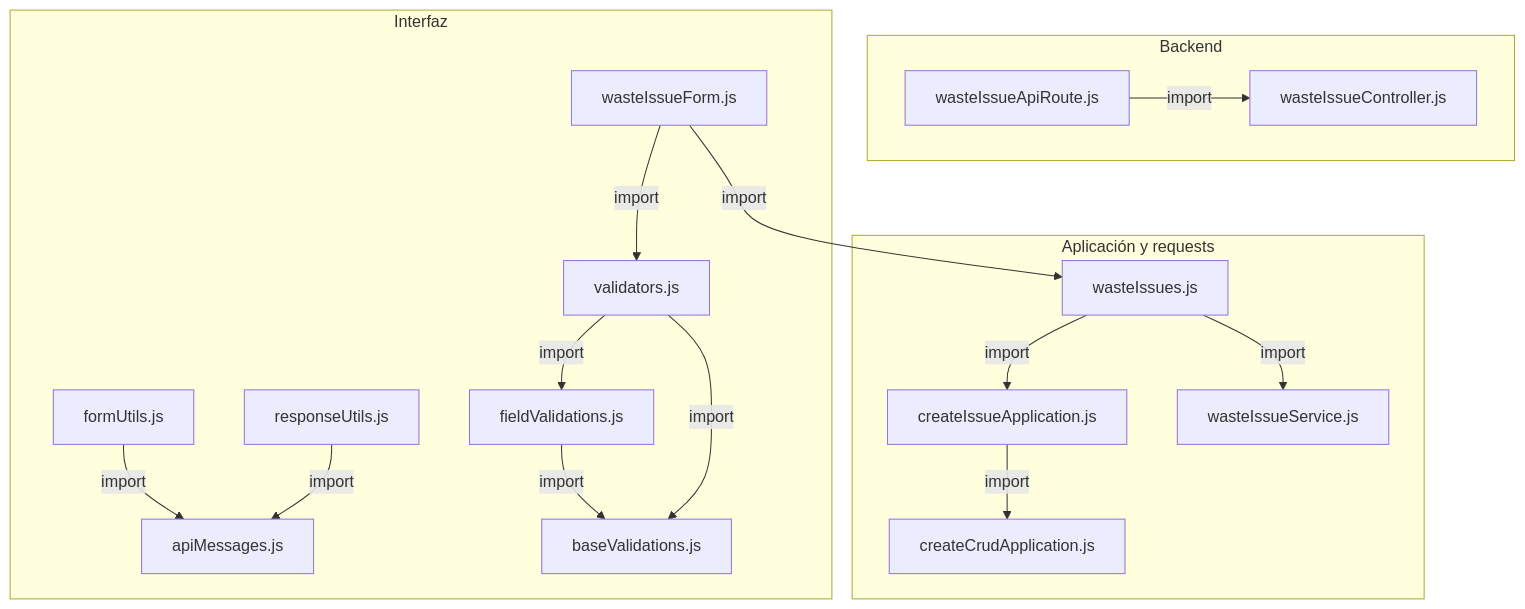
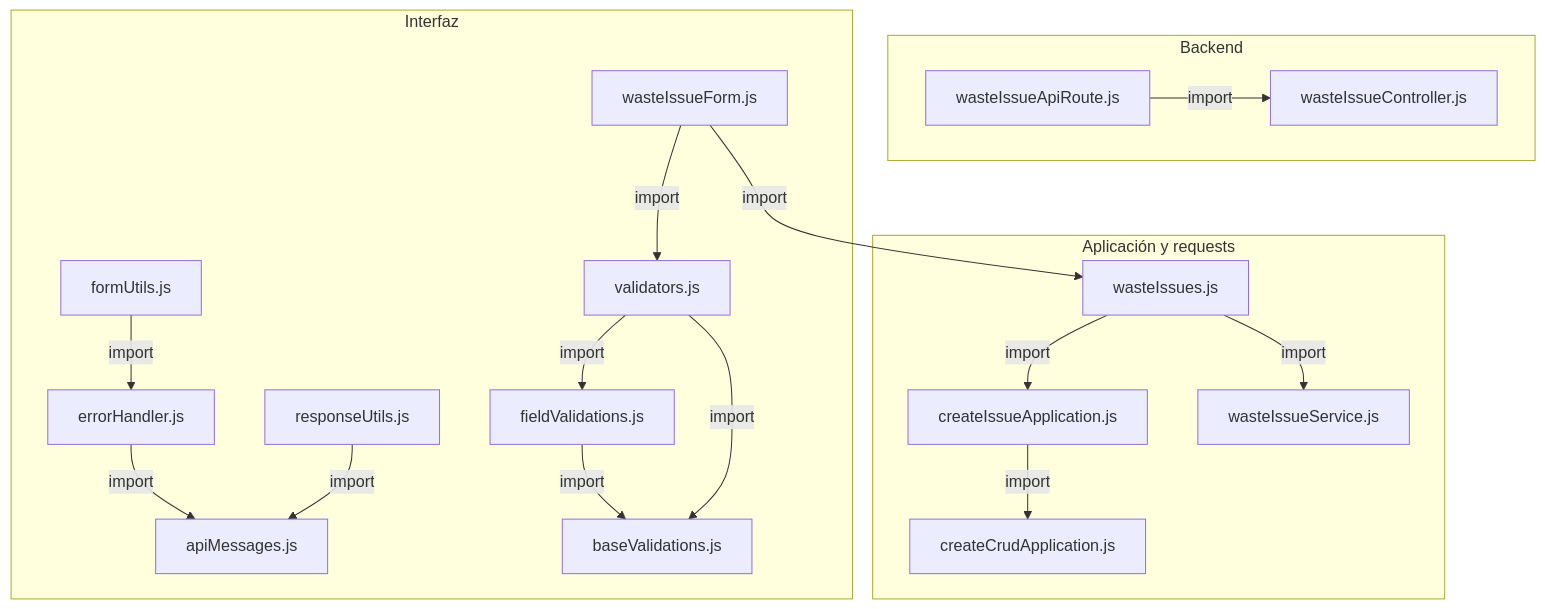
One commit to gpgsistemas01/nexus changed the first of 2 diagrams in docs/architecture/views/processes/frontend-code-sequences/issues/cu-sal-11.md. Above: the diagram before and after it, drawn with Mermaid. The commit also changed other lines of this file and 105 other files, not shown here.

````diff
--- a/docs/architecture/views/processes/frontend-code-sequences/issues/cu-sal-11.md
+++ b/docs/architecture/views/processes/frontend-code-sequences/issues/cu-sal-11.md
@@ -49,33 +50,35 @@
 ```mermaid
 flowchart TB
     subgraph Component0["Backend"]
         FileWasteIssueController["wasteIssueController.js"]
         Transport["wasteIssueApiRoute.js"]
     end
     subgraph Component1["Aplicación y requests"]
         Application["createCrudApplication.js"]
         FileCreateIssueApplication["createIssueApplication.js"]
         FileWasteIssues["wasteIssues.js"]
         Request["wasteIssueService.js"]
     end
     subgraph Component2["Interfaz"]
         FileApiMessages["apiMessages.js"]
         View["wasteIssueForm.js"]
         FormUtils["formUtils.js"]
+        FileErrorHandler["errorHandler.js"]
         FileResponseUtils["responseUtils.js"]
         FileBaseValidations["baseValidations.js"]
         FileFieldValidations["fieldValidations.js"]
         FileValidators["validators.js"]
     end
     FileCreateIssueApplication -->|import| Application
     FileWasteIssues -->|import| Request
     FileWasteIssues -->|import| FileCreateIssueApplication
     View -->|import| FileWasteIssues
     View -->|import| FileValidators
-    FormUtils -->|import| FileApiMessages
+    FormUtils -->|import| FileErrorHandler
+    FileErrorHandler -->|import| FileApiMessages
     FileResponseUtils -->|import| FileApiMessages
     FileFieldValidations -->|import| FileBaseValidations
     FileValidators -->|import| FileBaseValidations
     FileValidators -->|import| FileFieldValidations
     Transport -->|import| FileWasteIssueController
 ```
````
